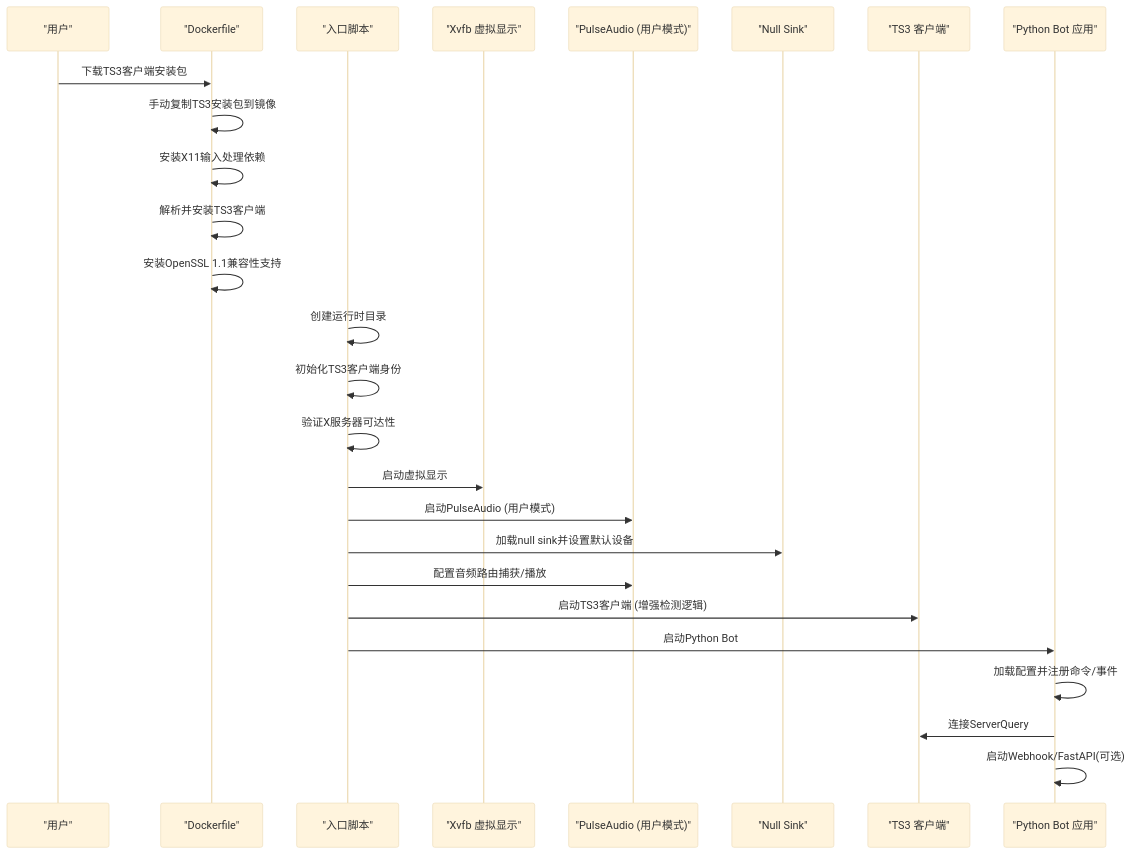
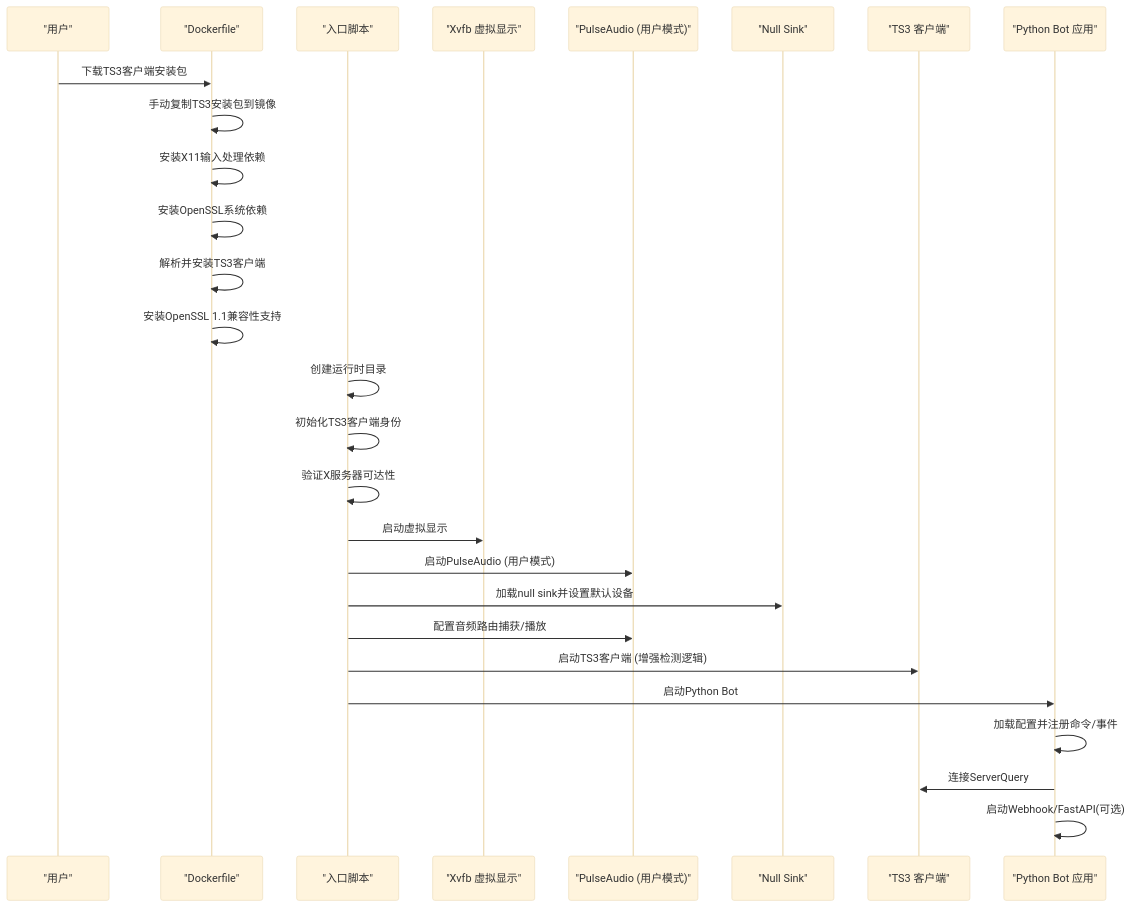
The second of 3 diagrams in .qoder/repowiki/zh/content/部署和运维/Docker容器化部署.md (GhoulOwl/Teamspeak3_Bot), drawn with Mermaid (base theme) before and after one commit. The commit also changed other lines of this file and 6 other files, not shown here.

````diff
--- a/.qoder/repowiki/zh/content/部署和运维/Docker容器化部署.md
+++ b/.qoder/repowiki/zh/content/部署和运维/Docker容器化部署.md
@@ -120,28 +122,29 @@
 ```mermaid
 sequenceDiagram
 participant User as "用户"
 participant Dockerfile as "Dockerfile"
 participant Entrypoint as "入口脚本"
 participant Xvfb as "Xvfb 虚拟显示"
 participant Pulse as "PulseAudio (用户模式)"
 participant NullSink as "Null Sink"
 participant TS3 as "TS3 客户端"
 participant Bot as "Python Bot 应用"
 User->>Dockerfile : 下载TS3客户端安装包
 Dockerfile->>Dockerfile : 手动复制TS3安装包到镜像
 Dockerfile->>Dockerfile : 安装X11输入处理依赖
+Dockerfile->>Dockerfile : 安装OpenSSL系统依赖
 Dockerfile->>Dockerfile : 解析并安装TS3客户端
 Dockerfile->>Dockerfile : 安装OpenSSL 1.1兼容性支持
 Entrypoint->>Entrypoint : 创建运行时目录
 Entrypoint->>Entrypoint : 初始化TS3客户端身份
 Entrypoint->>Entrypoint : 验证X服务器可达性
 Entrypoint->>Xvfb : 启动虚拟显示
 Entrypoint->>Pulse : 启动PulseAudio (用户模式)
 Entrypoint->>NullSink : 加载null sink并设置默认设备
 Entrypoint->>Pulse : 配置音频路由捕获/播放
 Entrypoint->>TS3 : 启动TS3客户端 (增强检测逻辑)
 Entrypoint->>Bot : 启动Python Bot
 Bot->>Bot : 加载配置并注册命令/事件
 Bot->>TS3 : 连接ServerQuery
 Bot->>Bot : 启动Webhook/FastAPI(可选)
 ```
````
